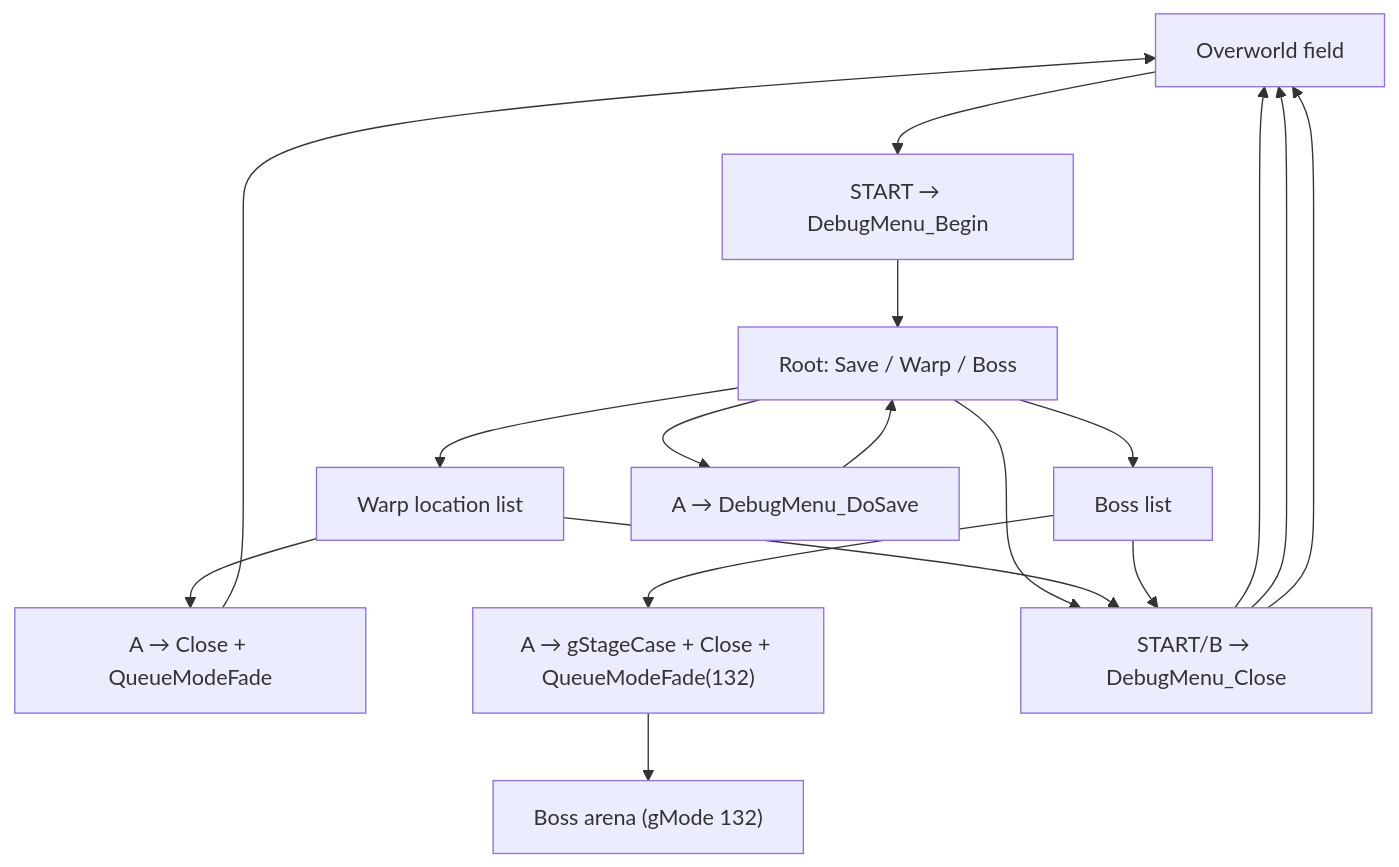
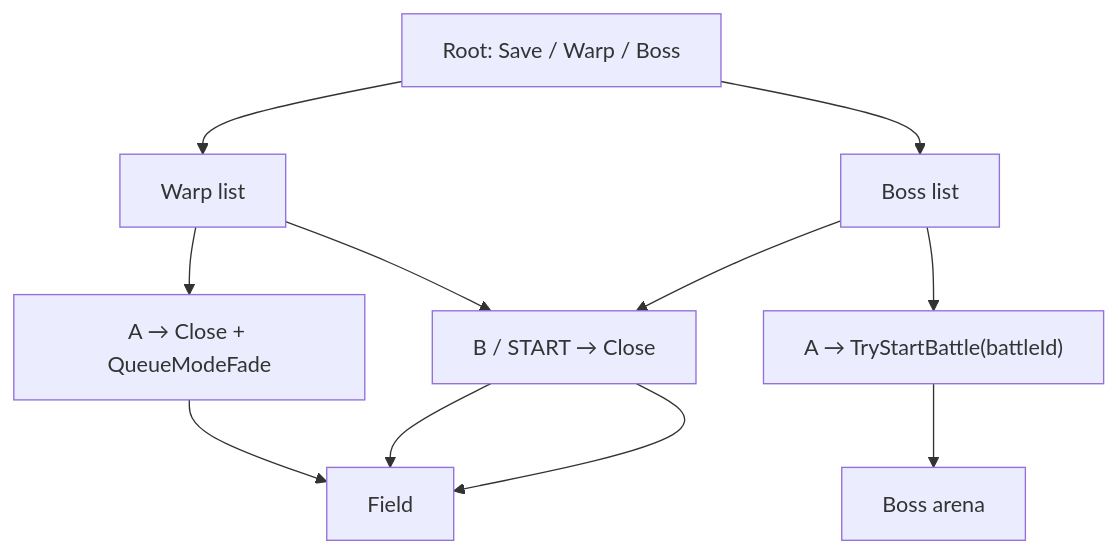
The diagram in documentation/debug-menu.md (JesterWizard/sigma_star_saga), drawn with Mermaid before and after one commit. The commit also changed other lines of this file and 3 other files, not shown here.

First line of the commit message:
Update TODO list and enhance debug menu documentation

````diff
--- a/documentation/debug-menu.md
+++ b/documentation/debug-menu.md
@@ -46,21 +40,16 @@
 ```mermaid
 flowchart TD
-  field["Overworld field"]
-  open["START → DebugMenu_Begin"]
   root["Root: Save / Warp / Boss"]
-  warp["Warp location list"]
+  warp["Warp list"]
   boss["Boss list"]
-  save["A → DebugMenu_DoSave"]
   goWarp["A → Close + QueueModeFade"]
-  goBoss["A → gStageCase + Close + QueueModeFade(132)"]
-  close["START/B → DebugMenu_Close"]
-  field --> open --> root
-  root --> save --> root
+  goBoss["A → TryStartBattle(battleId)"]
+  close["B / START → Close"]
+  field["Field"]
   root --> warp
   root --> boss
   warp --> goWarp --> field
-  boss --> goBoss --> fight["Boss arena (gMode 132)"]
-  root --> close --> field
+  boss --> goBoss --> fight["Boss arena"]
   warp --> close --> field
   boss --> close --> field
 ```
````
